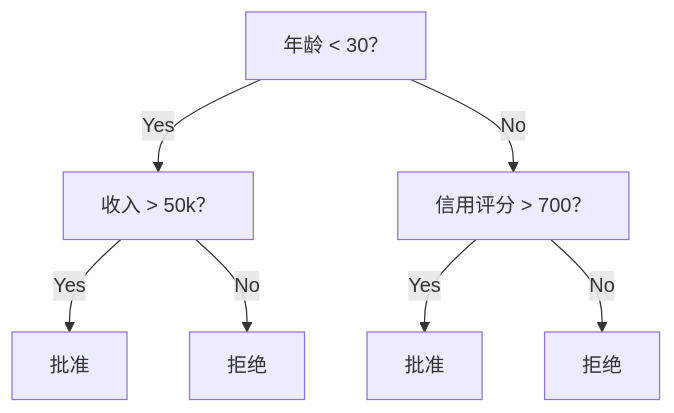
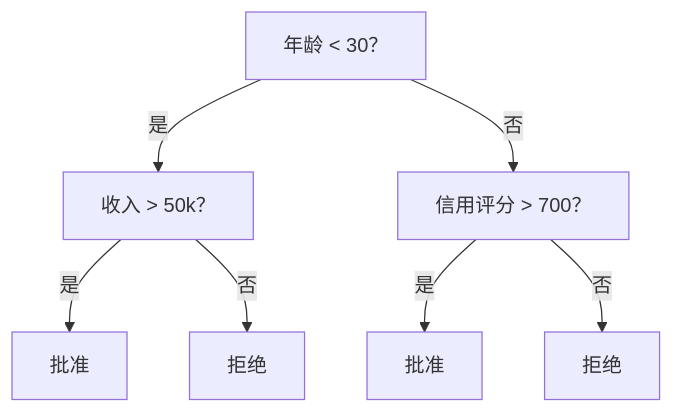
The first of 2 diagrams in content/translations/practice/02-ml-fundamentals/04-decision-trees/zh.md (huangyue12120/Learning-Atlas), drawn with Mermaid before and after one commit. The commit also changed other lines of this file and 24 other files, not shown here.

Commit message:
fix(reader): localize Mermaid in source content

````diff
--- a/content/translations/practice/02-ml-fundamentals/04-decision-trees/zh.md
+++ b/content/translations/practice/02-ml-fundamentals/04-decision-trees/zh.md
@@ -40,9 +40,9 @@
 ```mermaid
 graph TD
-    A["年龄 < 30？"] -->|Yes| B["收入 > 50k？"]
-    A -->|No| C["信用评分 > 700？"]
-    B -->|Yes| D["批准"]
-    B -->|No| E["拒绝"]
-    C -->|Yes| F["批准"]
-    C -->|No| G["拒绝"]
+    A["年龄 < 30？"] -->|是| B["收入 > 50k？"]
+    A -->|否| C["信用评分 > 700？"]
+    B -->|是| D["批准"]
+    B -->|否| E["拒绝"]
+    C -->|是| F["批准"]
+    C -->|否| G["拒绝"]
 ```
````
